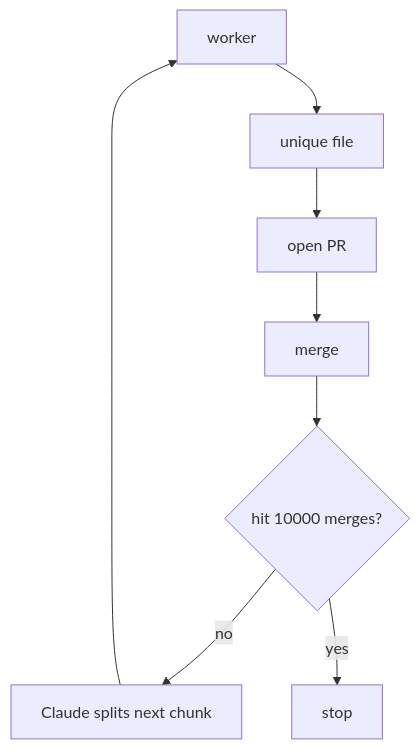
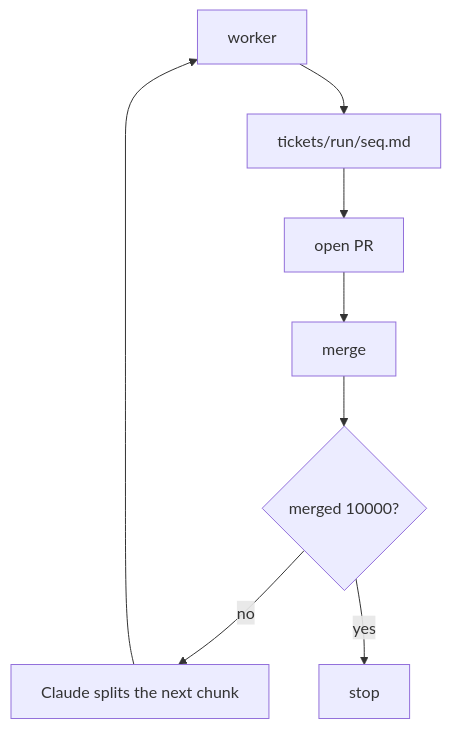
The second of 2 diagrams in README.md (ranjan2829/Alpha-throttle-test), drawn with Mermaid before and after one commit. The commit also changed other lines of this file, not shown here.

Commit message:
Restore homepage Claude graph to the screenshot layout

````diff
--- a/README.md
+++ b/README.md
@@ -44,10 +49,10 @@
 ```mermaid
 flowchart TD
-  worker[worker] --> file[unique file]
-  file --> pr[open PR]
-  pr --> merge[merge]
-  merge --> done{hit 10000 merges?}
-  done -->|no| claude[Claude splits next chunk]
-  claude --> worker
-  done -->|yes| stop[stop]
+  W[worker] --> F[tickets/run/seq.md]
+  F --> P[open PR]
+  P --> M[merge]
+  M --> Q{merged 10000?}
+  Q -->|no| C[Claude splits the next chunk]
+  C --> W
+  Q -->|yes| S[stop]
 ```
````
